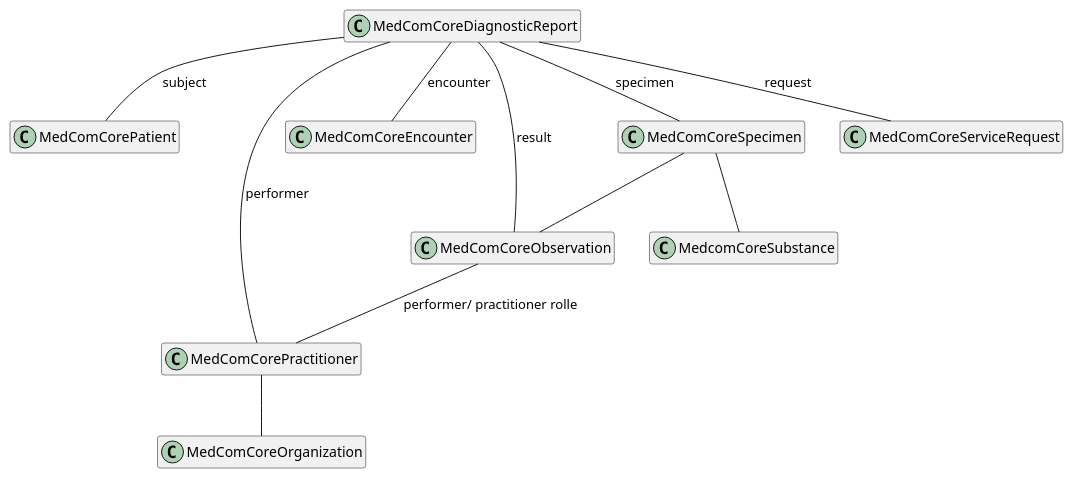
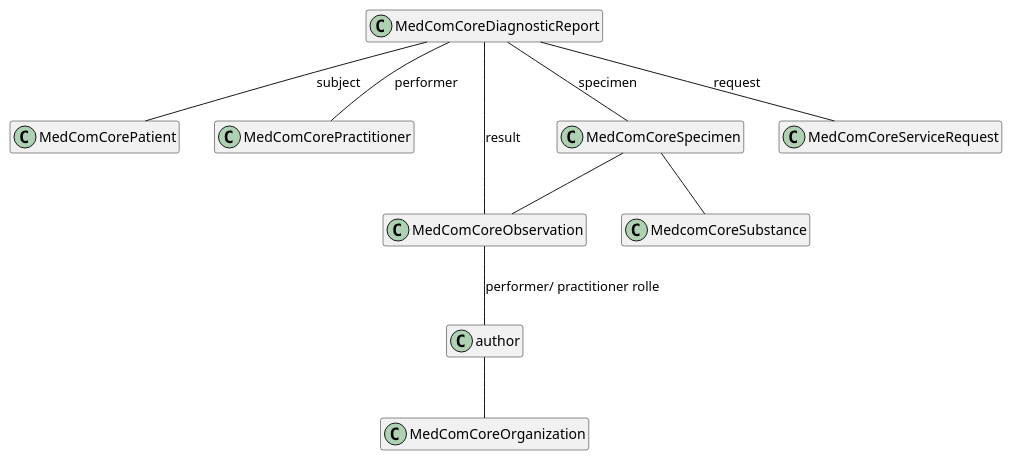
The diagram in puml/CareLaboratory_results.puml (medcomdk/dk_MunicipalityObservationResults), drawn with PlantUML before and after one commit. The commit also changed 2 other files, not shown here.

Commit message:
element corrected in diagnostic repport

```diff
--- a/puml/CareLaboratory_results.puml
+++ b/puml/CareLaboratory_results.puml
@@ -1,33 +1,31 @@
 @startuml HomeCareObservations
 
 hide empty members
 
 top to bottom direction
 
 ' class "MedComMessagingMessage" as message
 ' class "MedComMessagingMessageHeader" as messageheader
 ' class "MedComMessagingProvenance" as provenance
 ' class "MedComMessagingOrganization" as messagingOrganization <<MedComCoreOrganization>>
 class "MedComCorePatient" as patient
-class "MedComCorePractitioner" as author
-class "MedComCoreEncounter" as encounter
+class "MedComCorePractitioner" as performer
 class "MedComCoreOrganization" as organization
 class "MedComCoreDiagnosticReport" as diagnosticReport
 class "MedComCoreObservation" as observation
 class "MedComCoreSpecimen" as specimen 
 class "MedcomCoreSubstance" as substance
 class "MedComCoreServiceRequest" as request
 
 
 
-diagnosticReport -- encounter : "encounter"
 diagnosticReport -- request: "request"
 diagnosticReport -- observation : "result"
 diagnosticReport -- specimen : "specimen"
-diagnosticReport -- author: "performer"
+diagnosticReport -- performer: "performer"
 diagnosticReport -- patient: "subject"
 specimen -- substance
 specimen --observation
 observation -- author:"performer/ practitioner rolle"
 author -- organization
 @enduml
```
